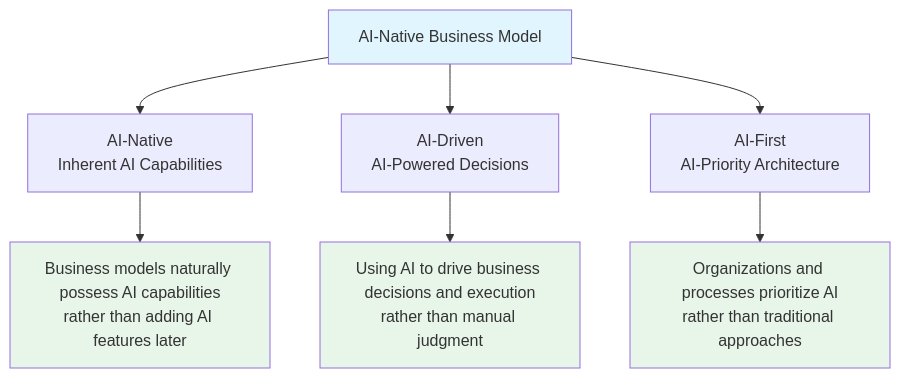
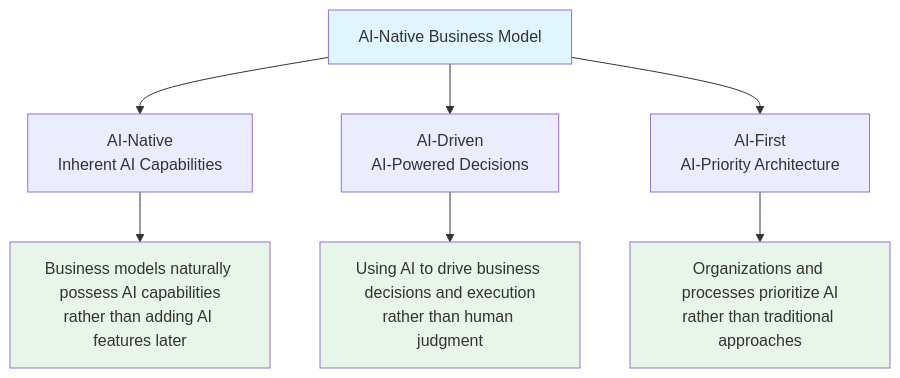
Before and after one commit to Deepractice/COSE: the second of 4 diagrams in README_EN.md, drawn with Mermaid. The commit also changed other lines of this file and 2 other files, not shown here.

````diff
--- a/README_EN.md
+++ b/README_EN.md
@@ -33,15 +33,15 @@
 ```mermaid
 graph TD
     A[AI-Native Business Model] --> B[AI-Native<br/>Inherent AI Capabilities]
     A --> C[AI-Driven<br/>AI-Powered Decisions]
     A --> D[AI-First<br/>AI-Priority Architecture]
     
     B --> E[Business models naturally possess AI capabilities<br/>rather than adding AI features later]
-    C --> F[Using AI to drive business decisions and execution<br/>rather than manual judgment]
+    C --> F[Using AI to drive business decisions and execution<br/>rather than human judgment]
     D --> G[Organizations and processes prioritize AI<br/>rather than traditional approaches]
     
     style A fill:#e1f5fe
     style E fill:#e8f5e9
     style F fill:#e8f5e9
     style G fill:#e8f5e9
 ```
````
